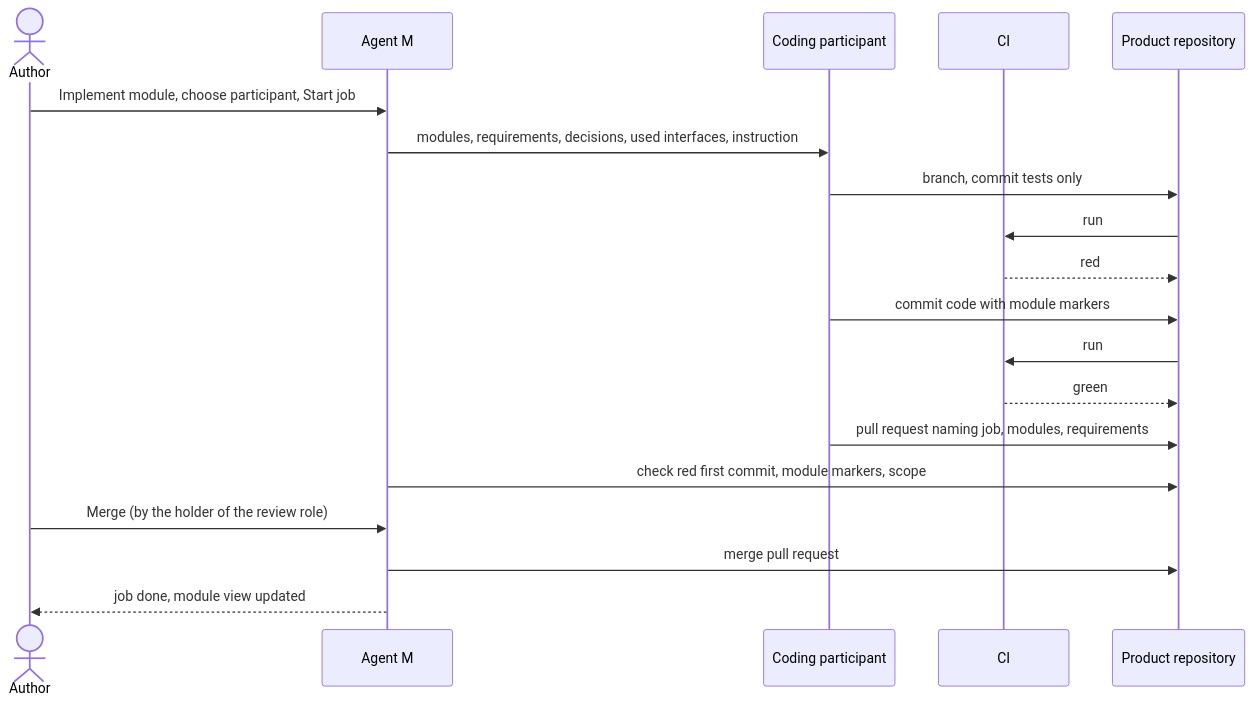
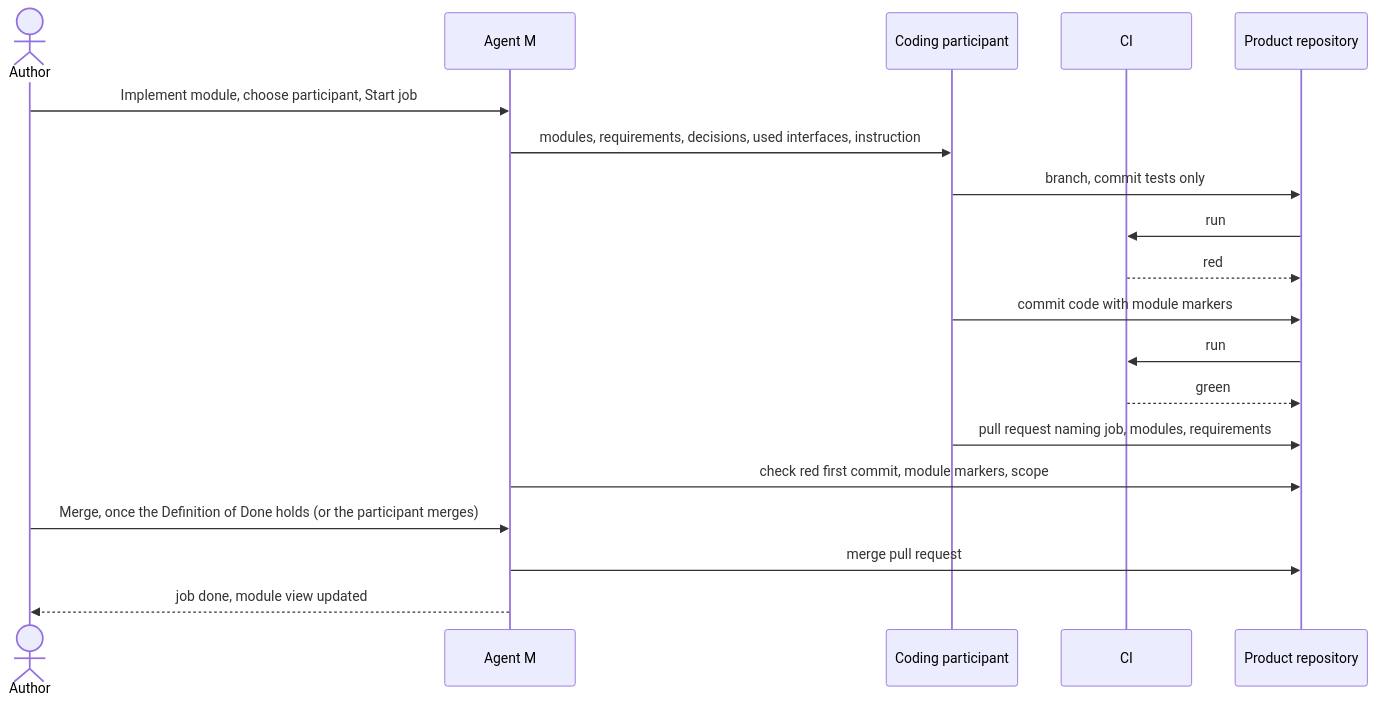
The diagram in docs/use-cases/UC-024-implement-modules.md (akmaier/agent-m), drawn with Mermaid before and after one commit. The commit also changed other lines of this file and 22 other files, not shown here.

````diff
--- a/docs/use-cases/UC-024-implement-modules.md
+++ b/docs/use-cases/UC-024-implement-modules.md
@@ -97,21 +99,21 @@
 ```mermaid
 sequenceDiagram
     actor A as Author
     participant M as Agent M
     participant P as Coding participant
     participant C as CI
     participant G as Product repository
     A->>M: Implement module, choose participant, Start job
     M->>P: modules, requirements, decisions, used interfaces, instruction
     P->>G: branch, commit tests only
     G->>C: run
     C-->>G: red
     P->>G: commit code with module markers
     G->>C: run
     C-->>G: green
     P->>G: pull request naming job, modules, requirements
     M->>G: check red first commit, module markers, scope
-    A->>M: Merge (by the holder of the review role)
+    A->>M: Merge, once the Definition of Done holds (or the participant merges)
     M->>G: merge pull request
     M-->>A: job done, module view updated
 ```
````
